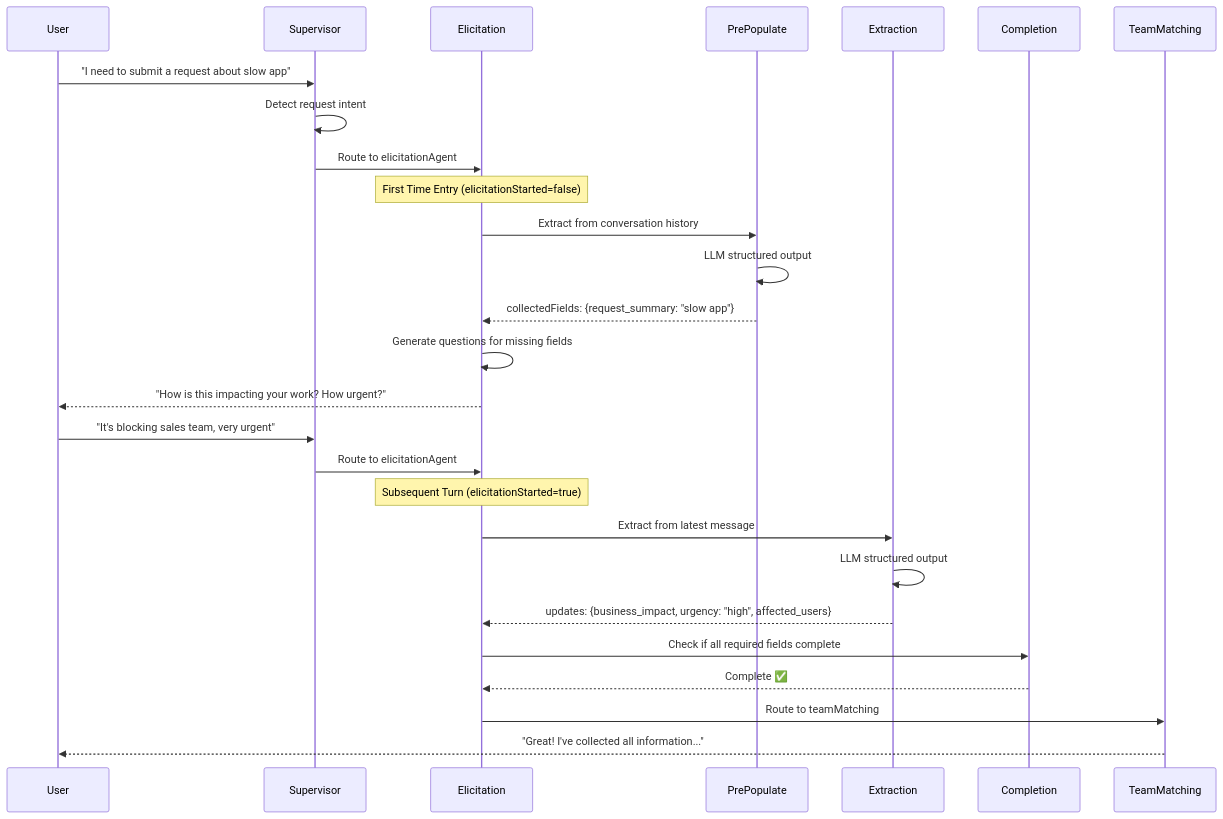
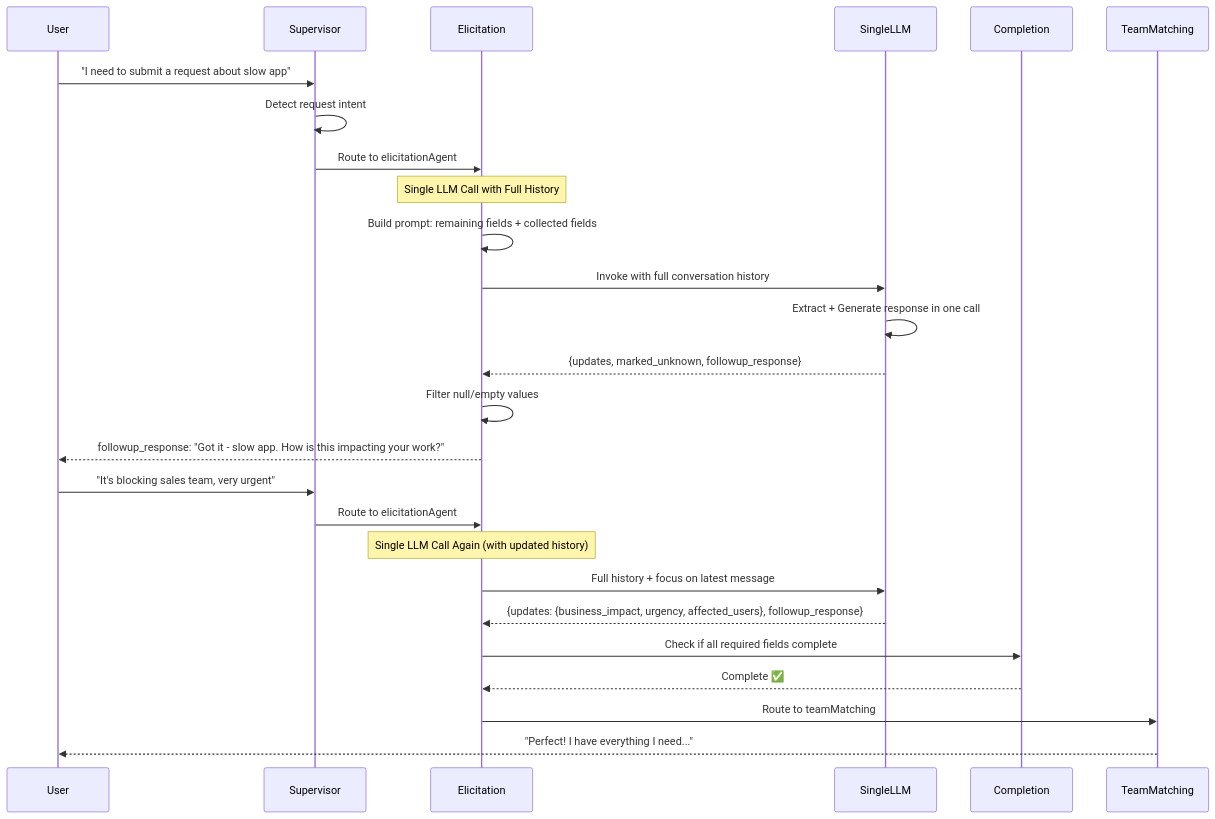
Before and after one commit to thomasyao15/CFD: the fourth of 5 diagrams in PROGRESS_DIAGRAM.md, drawn with Mermaid. The commit also changed other lines of this file, not shown here.

Commit message:
Update progress diagram

````diff
--- a/PROGRESS_DIAGRAM.md
+++ b/PROGRESS_DIAGRAM.md
@@ -134,37 +123,36 @@
 ```mermaid
 sequenceDiagram
     participant User
     participant Supervisor
     participant Elicitation
-    participant PrePopulate
-    participant Extraction
+    participant SingleLLM
     participant Completion
 
     User->>Supervisor: "I need to submit a request about slow app"
     Supervisor->>Supervisor: Detect request intent
     Supervisor->>Elicitation: Route to elicitationAgent
 
-    Note over Elicitation: First Time Entry (elicitationStarted=false)
+    Note over Elicitation: Single LLM Call with Full History
 
-    Elicitation->>PrePopulate: Extract from conversation history
-    PrePopulate->>PrePopulate: LLM structured output
-    PrePopulate-->>Elicitation: collectedFields: {request_summary: "slow app"}
+    Elicitation->>Elicitation: Build prompt: remaining fields + collected fields
+    Elicitation->>SingleLLM: Invoke with full conversation history
+    SingleLLM->>SingleLLM: Extract + Generate response in one call
+    SingleLLM-->>Elicitation: {updates, marked_unknown, followup_response}
 
-    Elicitation->>Elicitation: Generate questions for missing fields
-    Elicitation-->>User: "How is this impacting your work? How urgent?"
+    Elicitation->>Elicitation: Filter null/empty values
+    Elicitation-->>User: followup_response: "Got it - slow app. How is this impacting your work?"
 
     User->>Supervisor: "It's blocking sales team, very urgent"
     Supervisor->>Elicitation: Route to elicitationAgent
 
-    Note over Elicitation: Subsequent Turn (elicitationStarted=true)
+    Note over Elicitation: Single LLM Call Again (with updated history)
 
-    Elicitation->>Extraction: Extract from latest message
-    Extraction->>Extraction: LLM structured output
-    Extraction-->>Elicitation: updates: {business_impact, urgency: "high", affected_users}
+    Elicitation->>SingleLLM: Full history + focus on latest message
+    SingleLLM-->>Elicitation: {updates: {business_impact, urgency, affected_users}, followup_response}
 
     Elicitation->>Completion: Check if all required fields complete
     Completion-->>Elicitation: Complete ✅
 
     Elicitation->>TeamMatching: Route to teamMatching
-    TeamMatching-->>User: "Great! I've collected all information..."
+    TeamMatching-->>User: "Perfect! I have everything I need..."
 ```
````
